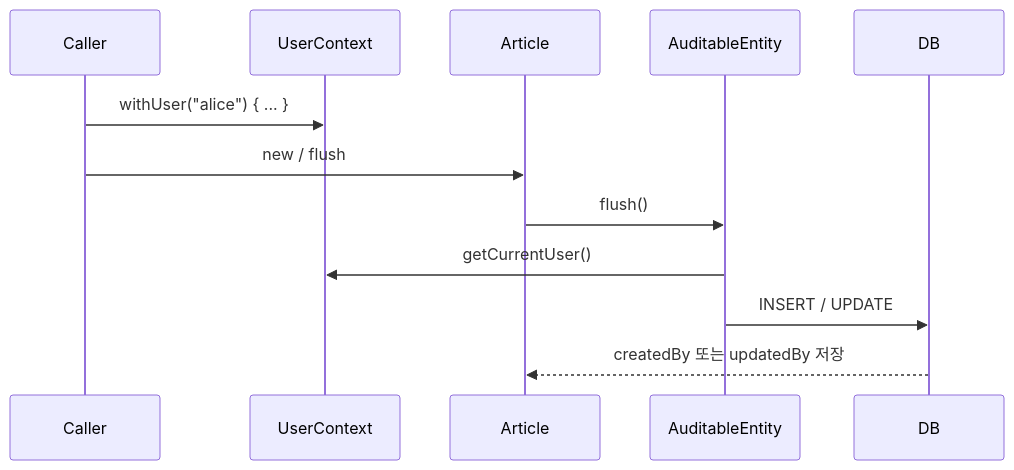
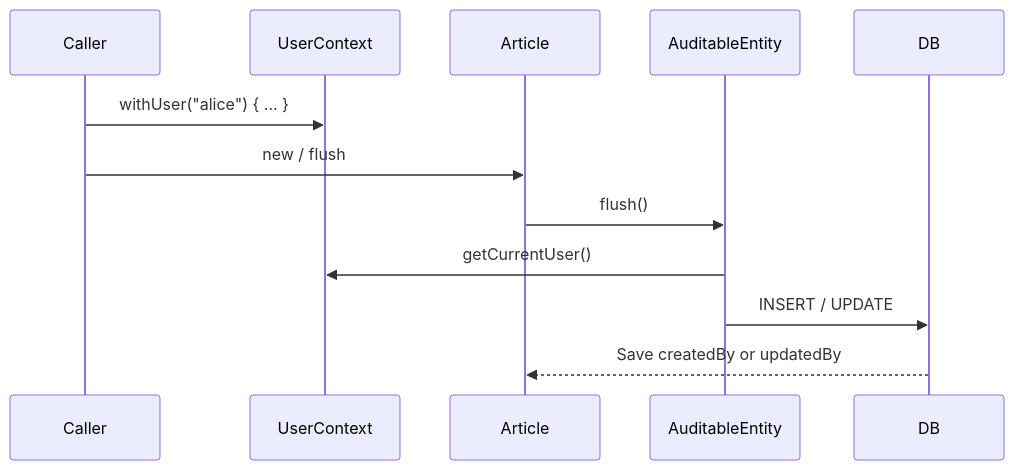
Before and after one commit to bluetape4k/bluetape4k-projects: the fourth of 4 diagrams in data/exposed-dao/README.md, drawn with Mermaid. The commit also changed other lines of this file and 265 other files, not shown here.

````diff
--- a/data/exposed-dao/README.md
+++ b/data/exposed-dao/README.md
@@ -389,15 +391,15 @@
 ```mermaid
 sequenceDiagram
     participant Caller
     participant UserContext
     participant Article
     participant AuditableEntity
     participant DB
 
     Caller->>UserContext: withUser("alice") { ... }
     Caller->>Article: new / flush
     Article->>AuditableEntity: flush()
     AuditableEntity->>UserContext: getCurrentUser()
     AuditableEntity->>DB: INSERT / UPDATE
-    DB-->>Article: createdBy 또는 updatedBy 저장
+    DB-->>Article: Save createdBy or updatedBy
 ```
````
